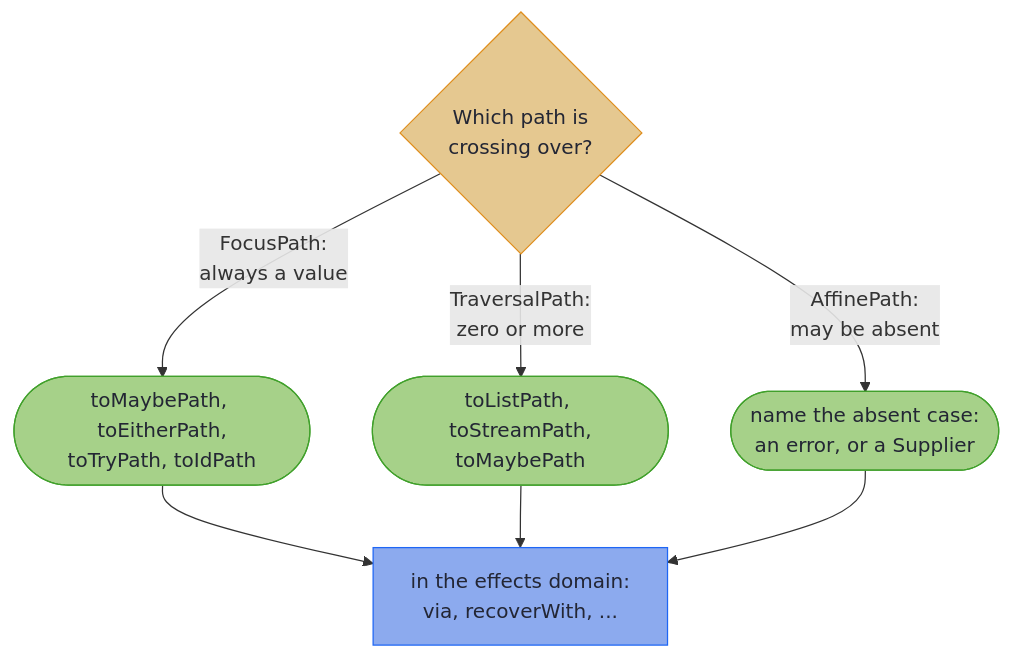
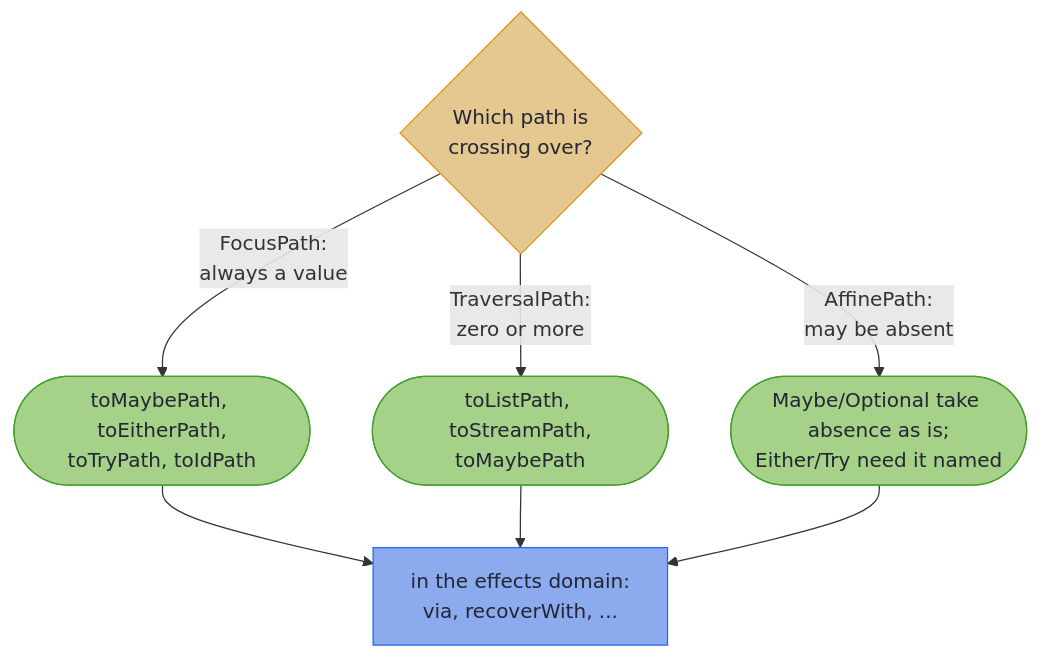
One commit to higher-kinded-j/higher-kinded-j changed the diagram in hkj-book/src/optics/focus_effects.md. Above: the diagram before and after it, drawn with Mermaid. The commit also changed other lines of this file and 7 other files, not shown here.

````diff
--- a/hkj-book/src/optics/focus_effects.md
+++ b/hkj-book/src/optics/focus_effects.md
@@ -169,17 +169,17 @@
 ```mermaid
 flowchart TD
     P{"Which path is<br/>crossing over?"}
     P -->|"FocusPath:<br/>always a value"| S(["toMaybePath, toEitherPath,<br/>toTryPath, toIdPath"])
     P -->|"TraversalPath:<br/>zero or more"| L(["toListPath, toStreamPath,<br/>toMaybePath"])
-    P -->|"AffinePath:<br/>may be absent"| N(["name the absent case:<br/>an error, or a Supplier"])
+    P -->|"AffinePath:<br/>may be absent"| N(["Maybe/Optional take absence as is;<br/>Either/Try need it named"])
     S --> E["in the effects domain:<br/>via, recoverWith, ..."]
     L --> E
     N --> E
 
     classDef decision fill:#e5c890,stroke:#df8e1d,color:#232634
     classDef tier fill:#a6d189,stroke:#40a02b,color:#232634
     classDef wire fill:#8caaee,stroke:#1e66f5,color:#232634
     class P decision
     class S,L,N tier
     class E wire
 ```
````
